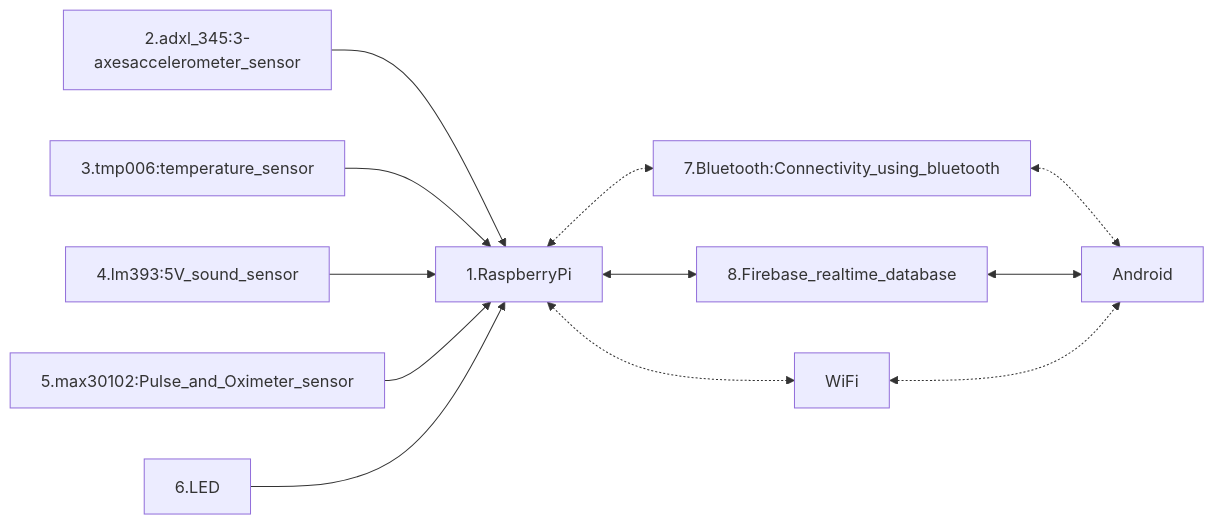
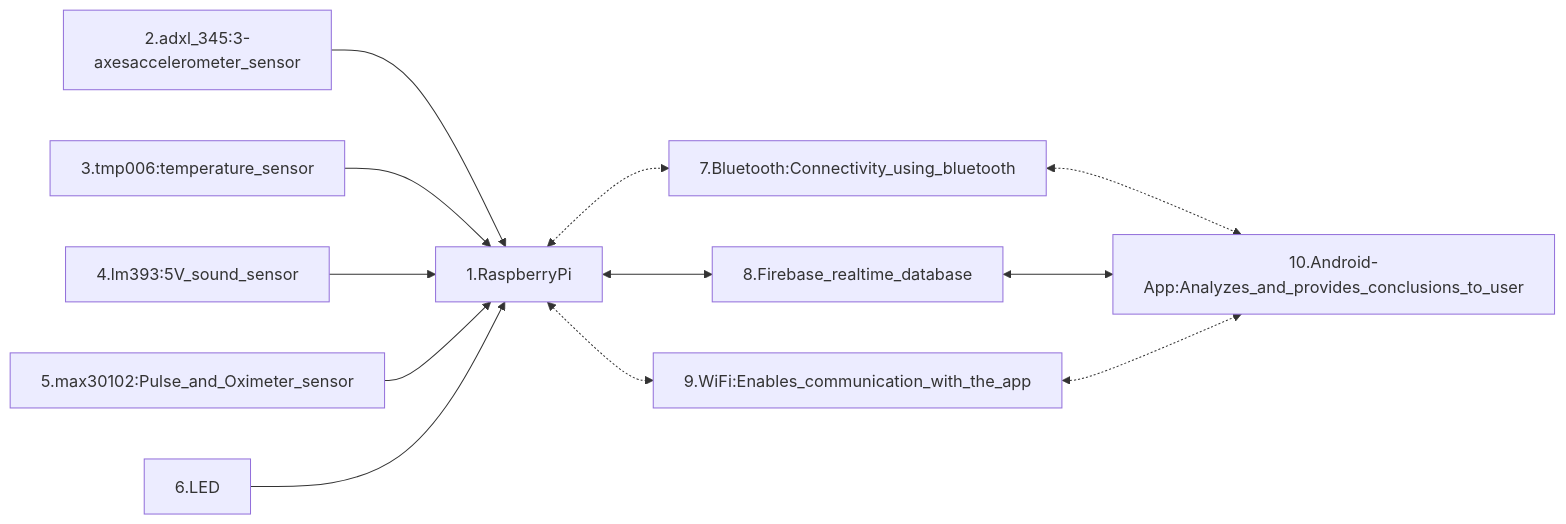
One commit to Naman-Pal/SIHMON changed the diagram in ceng355wk01proposal.md. Above: the diagram before and after it, drawn with Mermaid. The commit also changed other lines of this file, not shown here.

First line of the commit message:
Finished diagram and reference table ceng355wk01proposal.md

````diff
--- a/ceng355wk01proposal.md
+++ b/ceng355wk01proposal.md
@@ -102,16 +102,16 @@
 ```mermaid
 flowchart LR;
 2.adxl_345:3-axesaccelerometer_sensor-->1.RaspberryPi;
 3.tmp006:temperature_sensor-->1.RaspberryPi;
 4.lm393:5V_sound_sensor-->1.RaspberryPi;
 5.max30102:Pulse_and_Oximeter_sensor-->1.RaspberryPi;
 6.LED-->1.RaspberryPi;
 
 1.RaspberryPi<-.->7.Bluetooth:Connectivity_using_bluetooth;
-7.Bluetooth:Connectivity_using_bluetooth<-.->Android;
+7.Bluetooth:Connectivity_using_bluetooth<-.->10.Android-App:Analyzes_and_provides_conclusions_to_user;
 1.RaspberryPi<-->8.Firebase_realtime_database;
-8.Firebase_realtime_database<-->Android;
-WiFi<-.->Android;
-1.RaspberryPi<-.->WiFi;
+8.Firebase_realtime_database<-->10.Android-App:Analyzes_and_provides_conclusions_to_user;
+9.WiFi:Enables_communication_with_the_app<-.->10.Android-App:Analyzes_and_provides_conclusions_to_user;
+1.RaspberryPi<-.->9.WiFi:Enables_communication_with_the_app;
 
 ```
````
